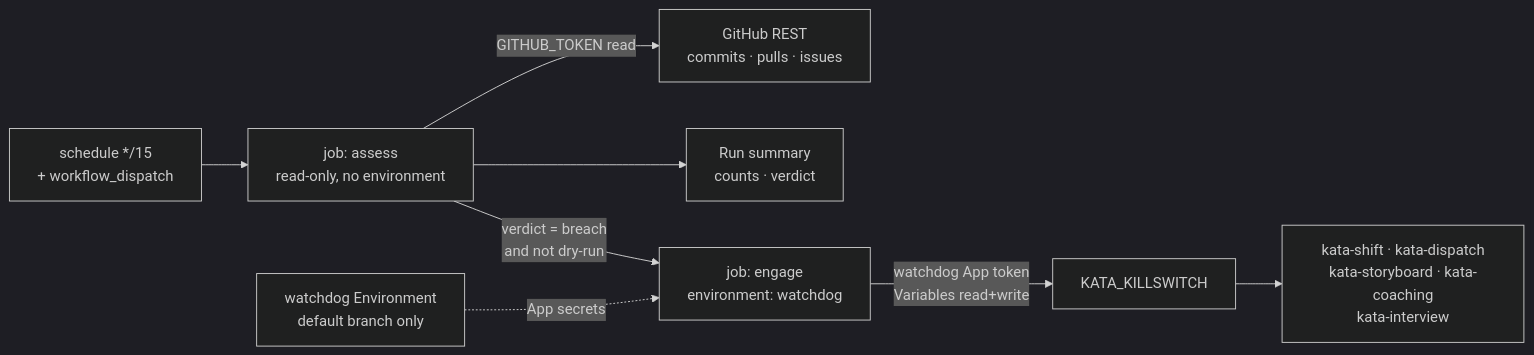
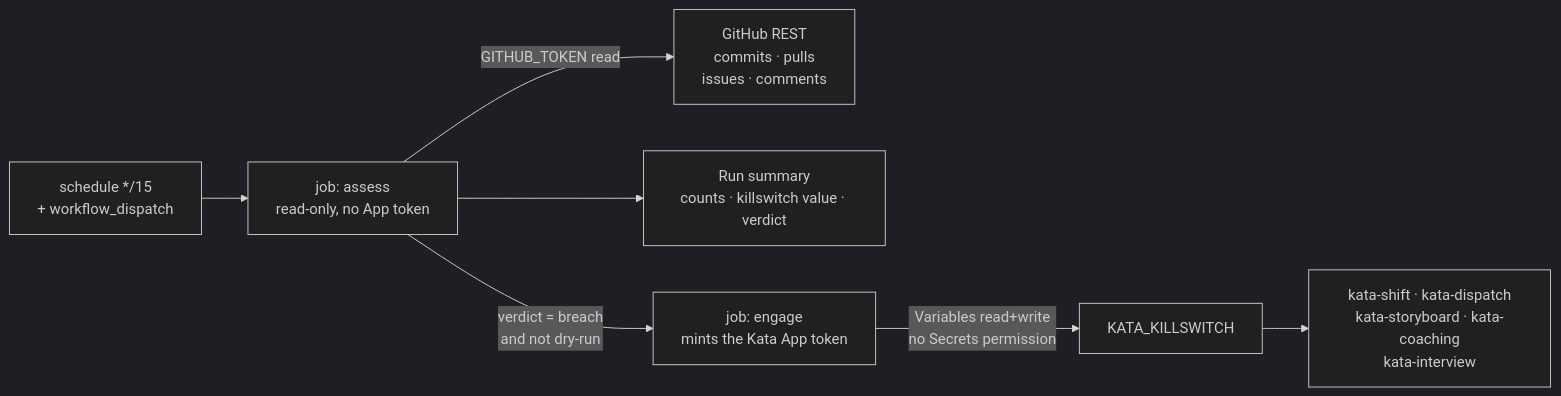
Before and after one commit to forwardimpact/monorepo: the first of 2 diagrams in specs/2330-kata-watchdog-workflow/design-a.md, drawn with Mermaid (dark theme). The commit also changed other lines of this file and 1 other file, not shown here.

````diff
--- a/specs/2330-kata-watchdog-workflow/design-a.md
+++ b/specs/2330-kata-watchdog-workflow/design-a.md
@@ -10,10 +10,9 @@
 ```mermaid
 graph LR
-    CR["schedule */15<br/>+ workflow_dispatch"] --> AS["job: assess<br/>read-only, no environment"]
-    AS -->|"GITHUB_TOKEN read"| API["GitHub REST<br/>commits · pulls · issues"]
-    AS --> SUM["Run summary<br/>counts · verdict"]
-    AS -->|"verdict = breach<br/>and not dry-run"| EN["job: engage<br/>environment: watchdog"]
-    ENV["watchdog Environment<br/>default branch only"] -.->|"App secrets"| EN
-    EN -->|"watchdog App token<br/>Variables read+write"| KS["KATA_KILLSWITCH"]
+    CR["schedule */15<br/>+ workflow_dispatch"] --> AS["job: assess<br/>read-only, no App token"]
+    AS -->|"GITHUB_TOKEN read"| API["GitHub REST<br/>commits · pulls<br/>issues · comments"]
+    AS --> SUM["Run summary<br/>counts · killswitch value · verdict"]
+    AS -->|"verdict = breach<br/>and not dry-run"| EN["job: engage<br/>mints the Kata App token"]
+    EN -->|"Variables read+write<br/>no Secrets permission"| KS["KATA_KILLSWITCH"]
     KS --> KW["kata-shift · kata-dispatch<br/>kata-storyboard · kata-coaching<br/>kata-interview"]
 ```
````
